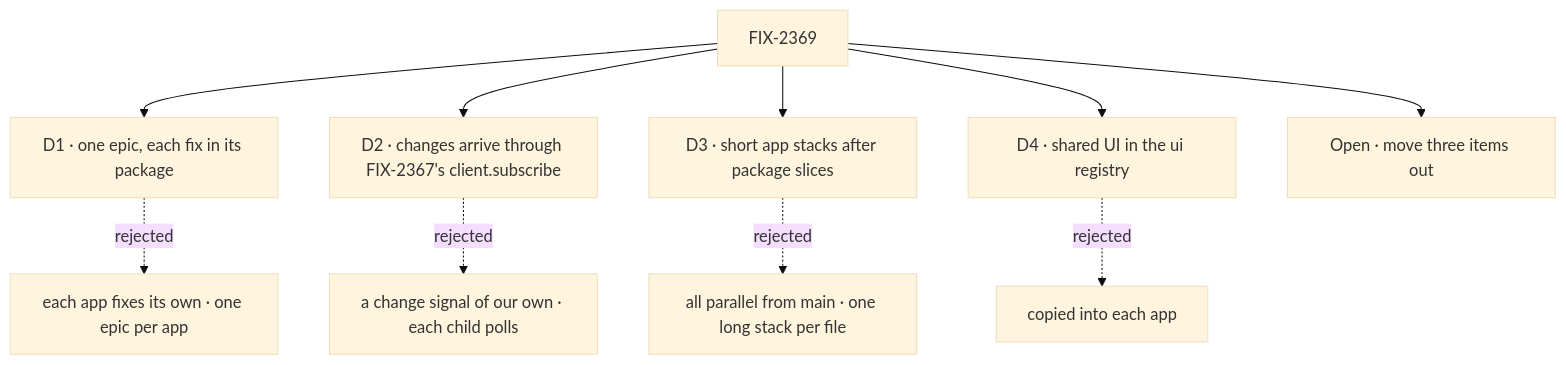
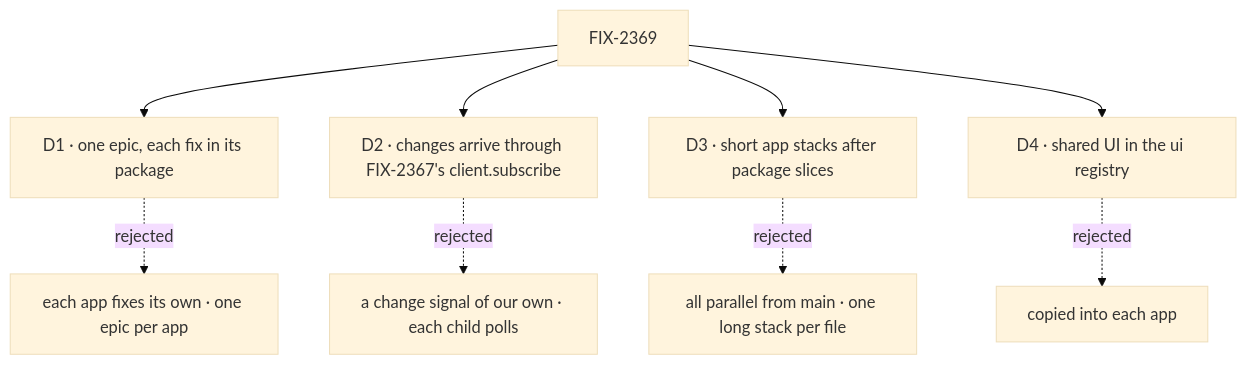
Before and after one commit to fixpoint-labs/flow-state-dev: the diagram in specs/epics/FIX-2369/DECISIONS.md, drawn with Mermaid (base theme). The commit also changed other lines of this file and 4 other files, not shown here.

````diff
--- a/specs/epics/FIX-2369/DECISIONS.md
+++ b/specs/epics/FIX-2369/DECISIONS.md
@@ -11,12 +11,11 @@
 ```mermaid
 flowchart TD
   E["FIX-2369"] --> D1["D1 · one epic, each fix in its package"]
   D1 -.->|"rejected"| X1["each app fixes its own · one epic per app"]
   E --> D2["D2 · changes arrive through FIX-2367's client.subscribe"]
   D2 -.->|"rejected"| X2["a change signal of our own · each child polls"]
   E --> D3["D3 · short app stacks after package slices"]
   D3 -.->|"rejected"| X3["all parallel from main · one long stack per file"]
   E --> D4["D4 · shared UI in the ui registry"]
   D4 -.->|"rejected"| X4["copied into each app"]
-  E --> O["Open · move three items out"]
 ```
````
